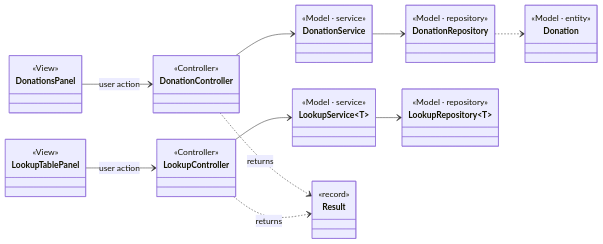
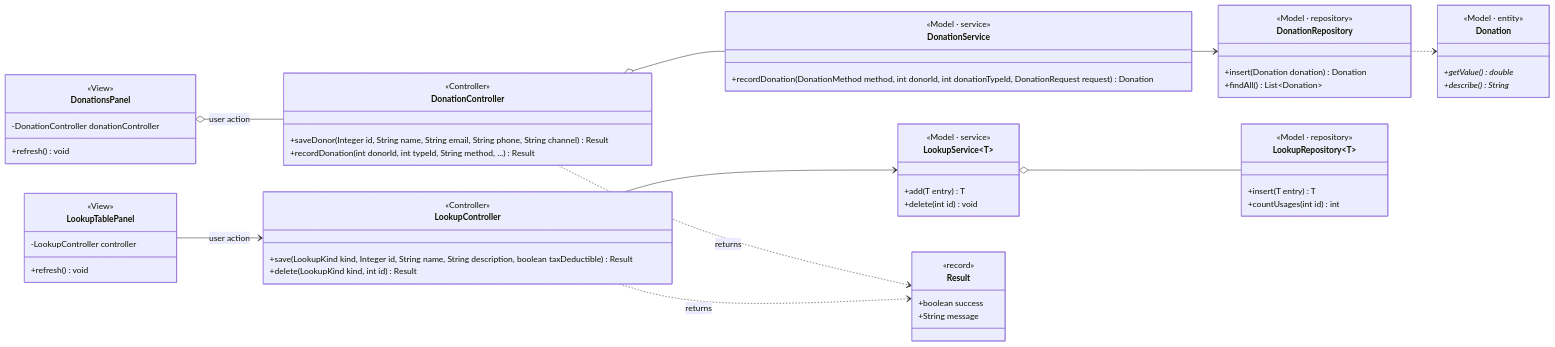
The seventh of 7 diagrams in docs/class-diagram.md (Abdallah1707/Ripple), drawn with Mermaid before and after one commit. The commit also changed other lines of this file and 21 other files, not shown here.

````diff
--- a/docs/class-diagram.md
+++ b/docs/class-diagram.md
@@ -1247,43 +1295,62 @@
 ```mermaid
 classDiagram
 direction LR
 class DonationsPanel {
     <<View>>
+    -DonationController donationController
+    +refresh() void
 }
 class LookupTablePanel {
     <<View>>
+    -LookupController controller
+    +refresh() void
 }
 class DonationController {
     <<Controller>>
+    +saveDonor(Integer id, String name, String email, String phone, String channel) Result
+    +recordDonation(int donorId, int typeId, String method, ...) Result
 }
 class LookupController {
     <<Controller>>
+    +save(LookupKind kind, Integer id, String name, String description, boolean taxDeductible) Result
+    +delete(LookupKind kind, int id) Result
 }
 class DonationService {
     <<Model · service>>
+    +recordDonation(DonationMethod method, int donorId, int donationTypeId, DonationRequest request) Donation
 }
 class LookupService~T~ {
     <<Model · service>>
+    +add(T entry) T
+    +delete(int id) void
 }
 class DonationRepository {
     <<Model · repository>>
+    +insert(Donation donation) Donation
+    +findAll() List~Donation~
 }
 class LookupRepository~T~ {
     <<Model · repository>>
+    +insert(T entry) T
+    +countUsages(int id) int
 }
 class Donation {
     <<Model · entity>>
+    +getValue()* double
+    +describe()* String
 }
 class Result {
     <<record>>
+    +boolean success
+    +String message
 }
-DonationsPanel --> DonationController : user action
+DonationsPanel o-- DonationController : user action
 LookupTablePanel --> LookupController : user action
 DonationController ..> Result : returns
 LookupController ..> Result : returns
-DonationController --> DonationService
+DonationController o-- DonationService
 LookupController --> LookupService
 DonationService --> DonationRepository
-LookupService --> LookupRepository
+LookupService o-- LookupRepository
 DonationRepository ..> Donation
 ```
````
